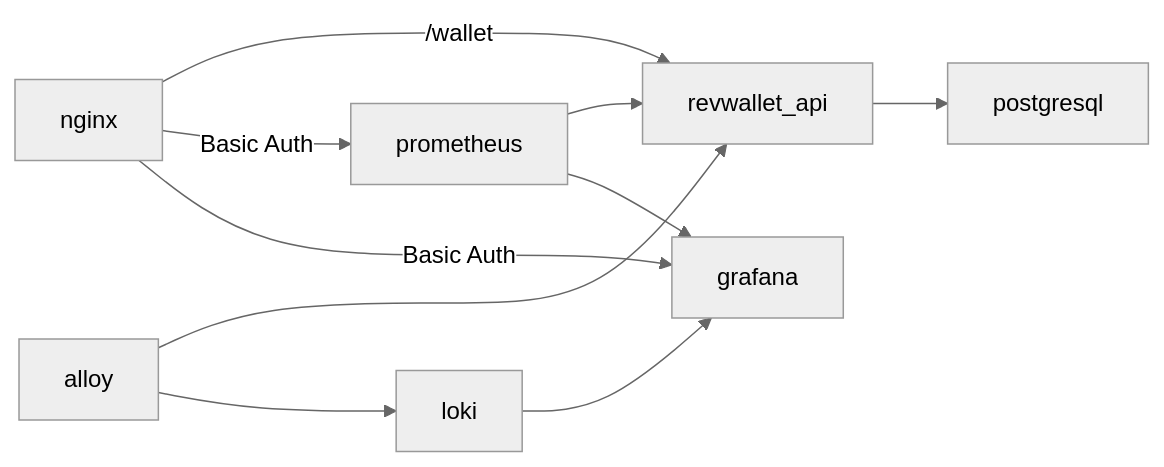
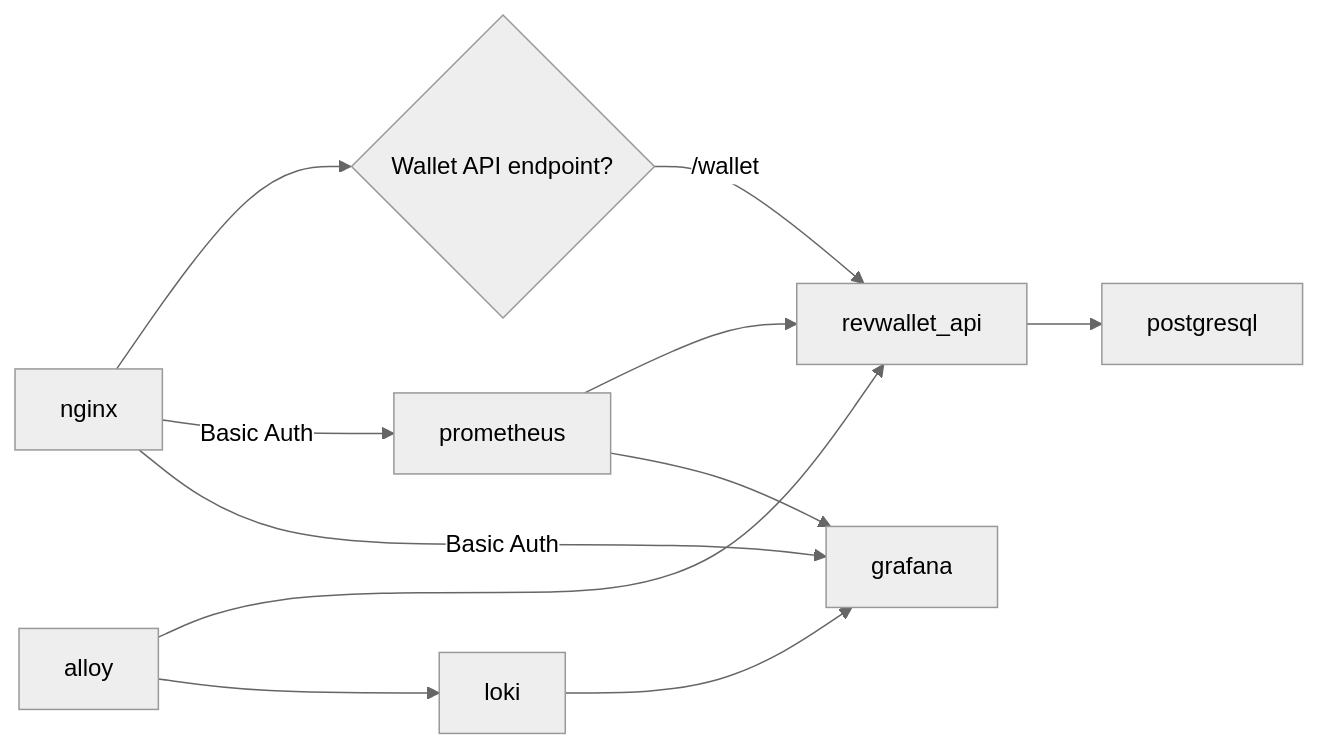
Before and after one commit to arthurjguerra/revwallet: the diagram in README.md, drawn with Mermaid (neutral theme).

Commit message:
feat: add arch diagram

````diff
--- a/README.md
+++ b/README.md
@@ -6,12 +6,13 @@
 ```mermaid
 flowchart LR
-  nginx -- /wallet --> revwallet_api
+  nginx --> A{Wallet API endpoint?}
+  A -- /wallet --> revwallet_api
   nginx -- Basic Auth --> prometheus
   nginx -- Basic Auth --> grafana
   revwallet_api --> postgresql
   alloy --> revwallet_api
   alloy --> loki
   prometheus --> revwallet_api
   prometheus --> grafana
   loki --> grafana
 ```
````
